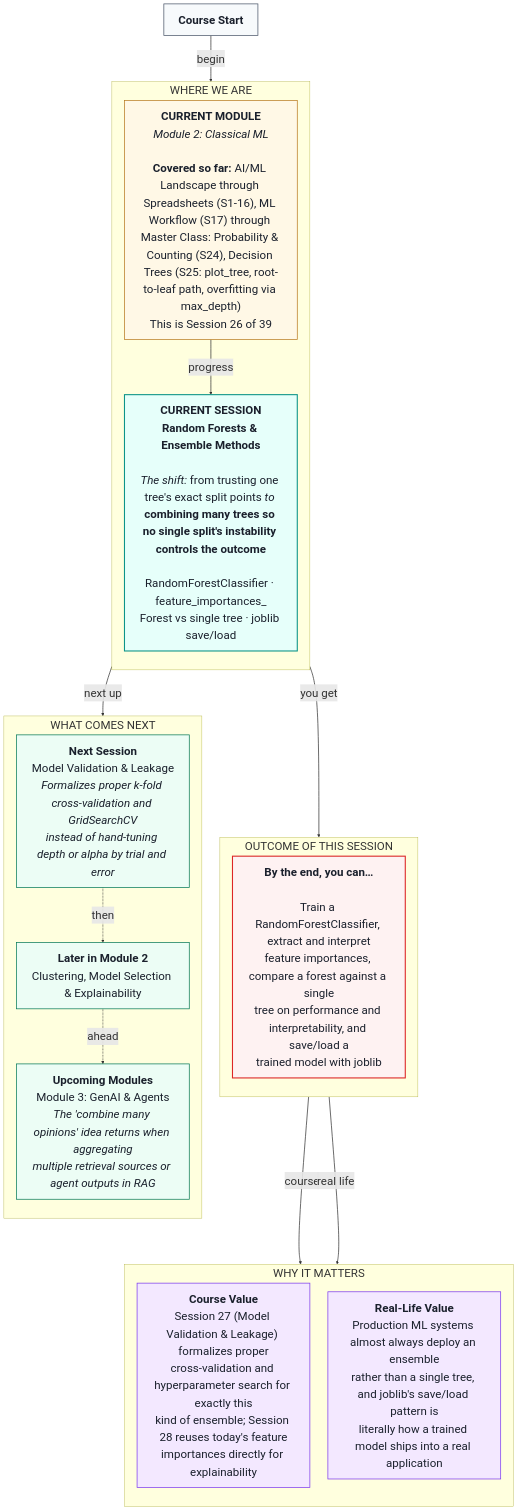
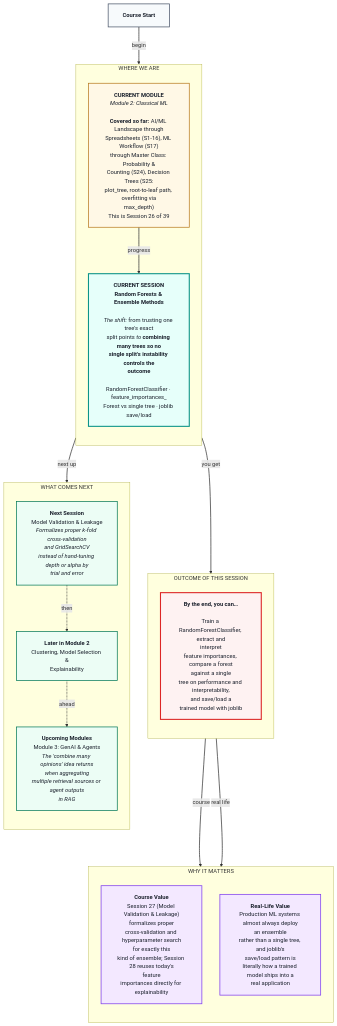
The diagram in IITP_AIML_Regional/IITR-AIML-TA-I-2606 & IITP-AIML-TA-II-2607/Module-2/Academic session 26 - Random Forests & Ensemble Methods/pre-read - Session 26 - Random Forests & Ensemble Methods.md (ritzrmx/Masai_Curriculum), drawn with Mermaid before and after one commit. The commit also changed other lines of this file and 15 other files, not shown here.

Commit message:
Add Session 28 (12.2) materials: Clustering, Model Selection & Explainability

````diff
--- a/IITP_AIML_Regional/IITR-AIML-TA-I-2606 & IITP-AIML-TA-II-2607/Module-2/Academic session 26 - Random Forests & Ensemble Methods/pre-read - Session 26 - Random Forests & Ensemble Methods.md
+++ b/IITP_AIML_Regional/IITR-AIML-TA-I-2606 & IITP-AIML-TA-II-2607/Module-2/Academic session 26 - Random Forests & Ensemble Methods/pre-read - Session 26 - Random Forests & Ensemble Methods.md
@@ -7,55 +5,55 @@
 ```mermaid
-%%{init: {'themeVariables': {'fontSize': '32px', 'fontFamily': 'sans-serif'}, 'flowchart': {'htmlLabels': true, 'nodeSpacing': 50, 'rankSpacing': 80, 'wrappingWidth': 400, 'padding': 20}}}%%
+%%{init: {'flowchart': {'htmlLabels': true, 'nodeSpacing': 50, 'rankSpacing': 80, 'padding': 20}}}%%
 flowchart TB
 
 START["<b>Course Start</b>"]
 
 subgraph foundation[" WHERE WE ARE "]
 direction TB
-    CURMOD["<b>CURRENT MODULE</b><br/><i>Module 2: Classical ML</i><br/>&nbsp;<br/><b>Covered so far:</b> AI/ML Landscape through Spreadsheets (S1-16), ML Workflow (S17) through Master Class: Probability &amp; Counting (S24), Decision Trees (S25: plot_tree, root-to-leaf path, overfitting via max_depth)<br/>This is Session 26 of 39"]
-    CURSES["<b>CURRENT SESSION</b><br/><b>Random Forests &amp; Ensemble Methods</b><br/>&nbsp;<br/><i>The shift:</i> from trusting one tree's exact split points <i>to</i> <b>combining many trees so no single split's instability controls the outcome</b><br/>&nbsp;<br/>RandomForestClassifier · feature_importances_<br/>Forest vs single tree · joblib save/load"]
+    CURMOD["<b>CURRENT MODULE</b><br/><i>Module 2: Classical ML</i><br/>&nbsp;<br/><b>Covered so far:</b> AI/ML Landscape through<br/>Spreadsheets (S1-16), ML Workflow (S17)<br/>through Master Class: Probability &amp;<br/>Counting (S24), Decision Trees (S25:<br/>plot_tree, root-to-leaf path, overfitting via<br/>max_depth)<br/>This is Session 26 of 39"]
+    CURSES["<b>CURRENT SESSION</b><br/><b>Random Forests &amp; Ensemble Methods</b><br/>&nbsp;<br/><i>The shift:</i> from trusting one tree's exact<br/>split points <i>to</i> <b>combining many trees so no<br/>single split's instability controls the<br/>outcome</b><br/>&nbsp;<br/>RandomForestClassifier · feature_importances_<br/>Forest vs single tree · joblib save/load"]
 end
 
 subgraph outcome[" OUTCOME OF THIS SESSION "]
 direction TB
-    OUT["<b>By the end, you can…</b><br/>&nbsp;<br/>Train a RandomForestClassifier, extract and interpret<br/>feature importances, compare a forest against a single<br/>tree on performance and interpretability, and save/load a<br/>trained model with joblib"]
+    OUT["<b>By the end, you can…</b><br/>&nbsp;<br/>Train a RandomForestClassifier, extract and<br/>interpret<br/>feature importances, compare a forest<br/>against a single<br/>tree on performance and interpretability,<br/>and save/load a<br/>trained model with joblib"]
 end
 
 subgraph value[" WHY IT MATTERS "]
 direction TB
-    CVAL["<b>Course Value</b><br/>Session 27 (Model Validation &amp; Leakage) formalizes proper<br/>cross-validation and hyperparameter search for exactly this<br/>kind of ensemble; Session 28 reuses today's feature<br/>importances directly for explainability"]
-    RVAL["<b>Real-Life Value</b><br/>Production ML systems almost always deploy an ensemble<br/>rather than a single tree, and joblib's save/load pattern is<br/>literally how a trained model ships into a real application"]
+    CVAL["<b>Course Value</b><br/>Session 27 (Model Validation &amp; Leakage)<br/>formalizes proper<br/>cross-validation and hyperparameter search<br/>for exactly this<br/>kind of ensemble; Session 28 reuses today's<br/>feature<br/>importances directly for explainability"]
+    RVAL["<b>Real-Life Value</b><br/>Production ML systems almost always deploy<br/>an ensemble<br/>rather than a single tree, and joblib's<br/>save/load pattern is<br/>literally how a trained model ships into a<br/>real application"]
 end
 
 subgraph future[" WHAT COMES NEXT "]
 direction TB
-    U0["<b>Next Session</b><br/>Model Validation &amp; Leakage<br/><i>Formalizes proper k-fold cross-validation and GridSearchCV<br/>instead of hand-tuning depth or alpha by trial and error</i>"]
-    U1["<b>Later in Module 2</b><br/>Clustering, Model Selection &amp; Explainability"]
-    U2["<b>Upcoming Modules</b><br/>Module 3: GenAI &amp; Agents<br/><i>The 'combine many opinions' idea returns when aggregating<br/>multiple retrieval sources or agent outputs in RAG</i>"]
+    U0["<b>Next Session</b><br/>Model Validation &amp; Leakage<br/><i>Formalizes proper k-fold cross-validation<br/>and GridSearchCV<br/>instead of hand-tuning depth or alpha by<br/>trial and error</i>"]
+    U1["<b>Later in Module 2</b><br/>Clustering, Model Selection &amp;<br/>Explainability"]
+    U2["<b>Upcoming Modules</b><br/>Module 3: GenAI &amp; Agents<br/><i>The 'combine many opinions' idea returns<br/>when aggregating<br/>multiple retrieval sources or agent outputs<br/>in RAG</i>"]
 end
 
 START ==>|" begin "| CURMOD
 CURMOD ==>|" progress "| CURSES
 CURSES ==>|" you get "| OUT
 OUT ==>|" course "| CVAL
 OUT ==>|" real life "| RVAL
 CURSES ==>|" next up "| U0
 U0 -.->|" then "| U1
 U1 -.->|" ahead "| U2
 
 classDef startBox fill:#F7FAFC,stroke:#4A5568,stroke-width:2px,color:#1A202C
 classDef curModBox fill:#FFF8E6,stroke:#B7791F,stroke-width:2px,color:#1A202C
 classDef curSessBox fill:#E6FFFA,stroke:#0D9488,stroke-width:3px,color:#1A202C
 classDef outBox fill:#FEF2F2,stroke:#DC2626,stroke-width:3px,color:#1A202C
 classDef valueBox fill:#F3E8FF,stroke:#7C3AED,stroke-width:2px,color:#1A202C
 classDef futureBox fill:#ECFDF5,stroke:#047857,stroke-width:2px,color:#1A202C
 
 class START startBox
 class CURMOD curModBox
 class CURSES curSessBox
 class OUT outBox
 class CVAL,RVAL valueBox
 class U0,U1,U2 futureBox
 
 linkStyle default stroke-width:2px
 ```
````
